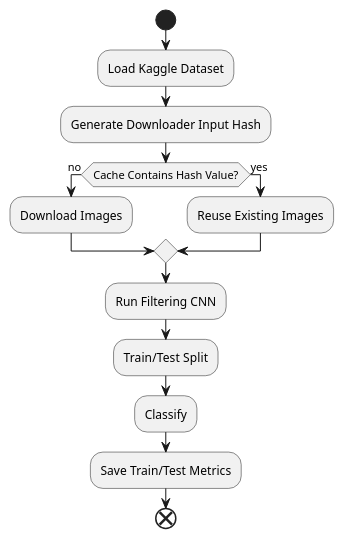
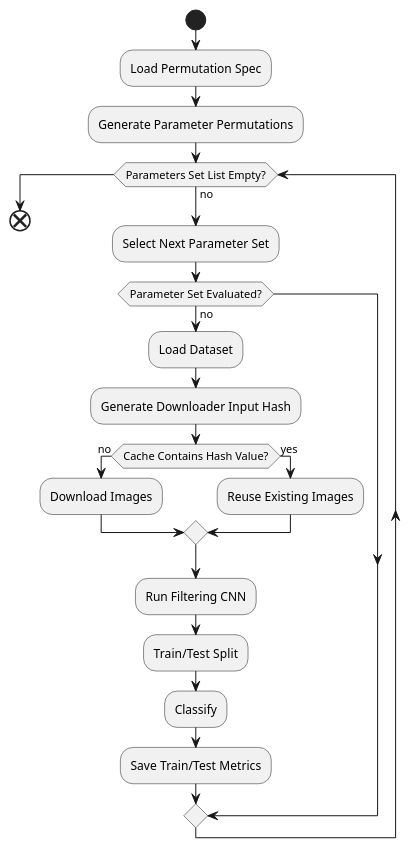
One commit to aliciayen/marvel-image-classification changed the diagram in docs/pipeline-activity.puml. Above: the diagram before and after it, drawn with PlantUML. The commit also changed 1 other file, not shown here.

Commit message:
Add orchestration to diagrams
Modify the pipeline diagrams to include the orchestration step that
supplies the input parameters to each run based on some pre-define rule.

```diff
--- a/docs/pipeline-activity.puml
+++ b/docs/pipeline-activity.puml
@@ -1,20 +1,27 @@
 @startuml
 skinparam monochrome true
 
 start
 
-:Load Kaggle Dataset;
-:Generate Downloader Input Hash;
-if (Cache Contains Hash Value?) then (no)
-	:Download Images;
-else (yes)
-	:Reuse Existing Images;
-endif
-:Run Filtering CNN;
-:Train/Test Split;
-:Classify;
-:Save Train/Test Metrics;
+:Load Permutation Spec;
+:Generate Parameter Permutations;
+while (Parameters Set List Empty?) is (no)
+	:Select Next Parameter Set;
+	if (Parameter Set Evaluated?) then (no)
+		:Load Dataset;
+		:Generate Downloader Input Hash;
+		if (Cache Contains Hash Value?) then (no)
+			:Download Images;
+		else (yes)
+			:Reuse Existing Images;
+		endif
+		:Run Filtering CNN;
+		:Train/Test Split;
+		:Classify;
+		:Save Train/Test Metrics;
+	endif
+endwhile
 
 end
 
 @enduml
```
